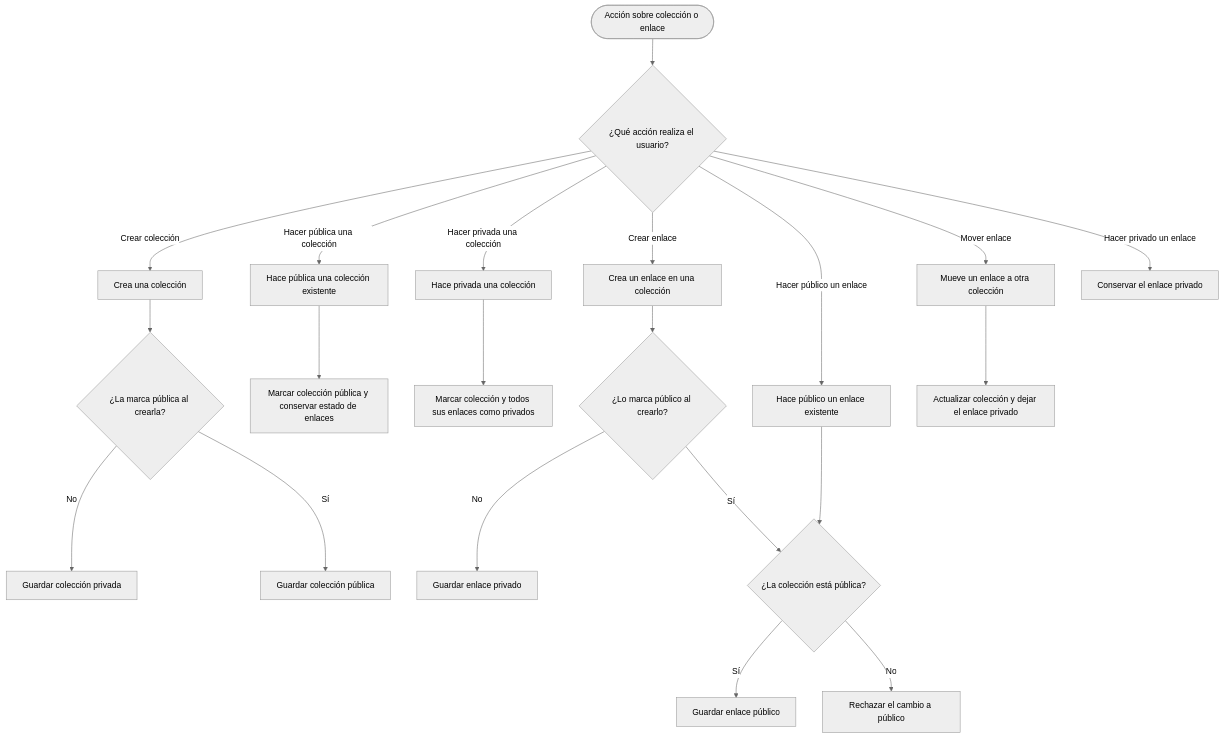
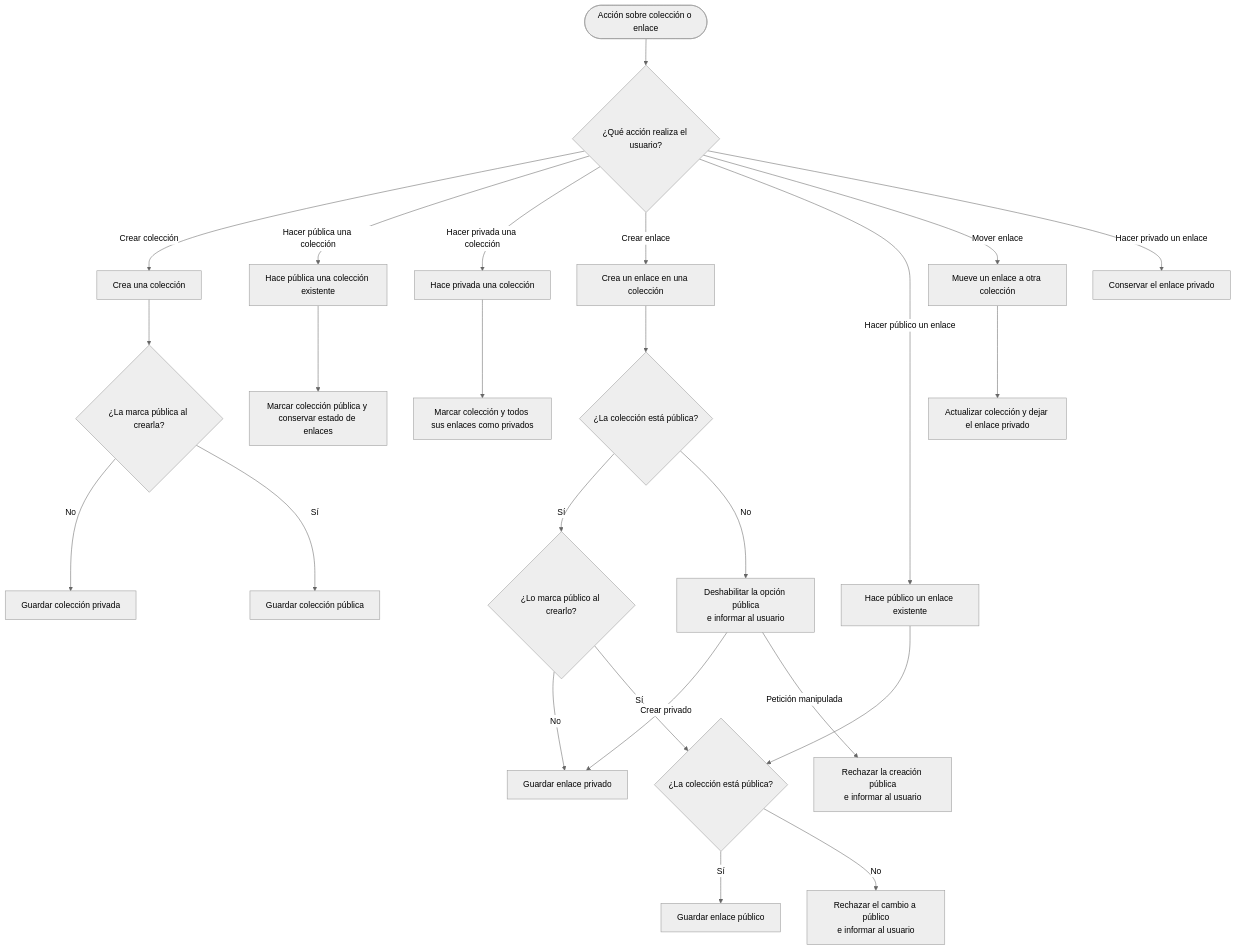
Before and after one commit to DaveSoftDev/Linkubator: the diagram in context/diagrams/process-public-private.md, drawn with Mermaid (neutral theme). The commit also changed 22 other files, not shown here.

````diff
--- a/context/diagrams/process-public-private.md
+++ b/context/diagrams/process-public-private.md
@@ -5,45 +5,52 @@
 ```mermaid
 flowchart TD
     start([Acción sobre colección o enlace])
     action{¿Qué acción realiza el usuario?}
 
     createCollection[Crea una colección]
     collectionInitial{¿La marca pública al crearla?}
     collectionPrivate[Guardar colección privada]
     collectionPublic[Guardar colección pública]
 
     makeCollectionPublic[Hace pública una colección existente]
     preserveLinks[Marcar colección pública y conservar estado de enlaces]
     makeCollectionPrivate[Hace privada una colección]
     privateAll[Marcar colección y todos sus enlaces como privados]
 
     createLink[Crea un enlace en una colección]
+    creationCollectionPublic{¿La colección está pública?}
+    publicOptionDisabled[Deshabilitar la opción pública<br/>e informar al usuario]
+    rejectCreationPublic[Rechazar la creación pública<br/>e informar al usuario]
     linkInitial{¿Lo marca público al crearlo?}
     checkCollection{¿La colección está pública?}
     linkPrivate[Guardar enlace privado]
     linkPublic[Guardar enlace público]
-    rejectPublic[Rechazar el cambio a público]
+    rejectPublic[Rechazar el cambio a público<br/>e informar al usuario]
 
     moveLink[Mueve un enlace a otra colección]
     movePrivate[Actualizar colección y dejar el enlace privado]
     makeLinkPublic[Hace público un enlace existente]
     keepLinkPrivate[Conservar el enlace privado]
 
     start --> action
     action -->|Crear colección| createCollection --> collectionInitial
     collectionInitial -->|No| collectionPrivate
     collectionInitial -->|Sí| collectionPublic
 
     action -->|Hacer pública una colección| makeCollectionPublic --> preserveLinks
     action -->|Hacer privada una colección| makeCollectionPrivate --> privateAll
 
-    action -->|Crear enlace| createLink --> linkInitial
+    action -->|Crear enlace| createLink --> creationCollectionPublic
+    creationCollectionPublic -->|Sí| linkInitial
+    creationCollectionPublic -->|No| publicOptionDisabled
+    publicOptionDisabled -->|Crear privado| linkPrivate
+    publicOptionDisabled -->|Petición manipulada| rejectCreationPublic
     linkInitial -->|No| linkPrivate
     linkInitial -->|Sí| checkCollection
     action -->|Hacer público un enlace| makeLinkPublic --> checkCollection
     checkCollection -->|Sí| linkPublic
     checkCollection -->|No| rejectPublic
 
     action -->|Mover enlace| moveLink --> movePrivate
     action -->|Hacer privado un enlace| keepLinkPrivate
 ```
````
